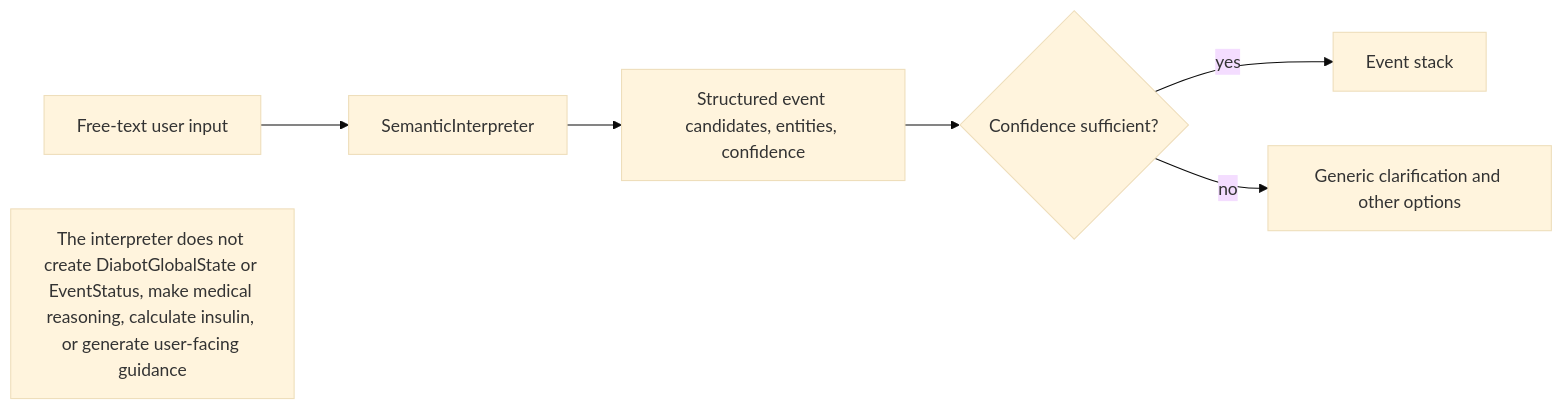
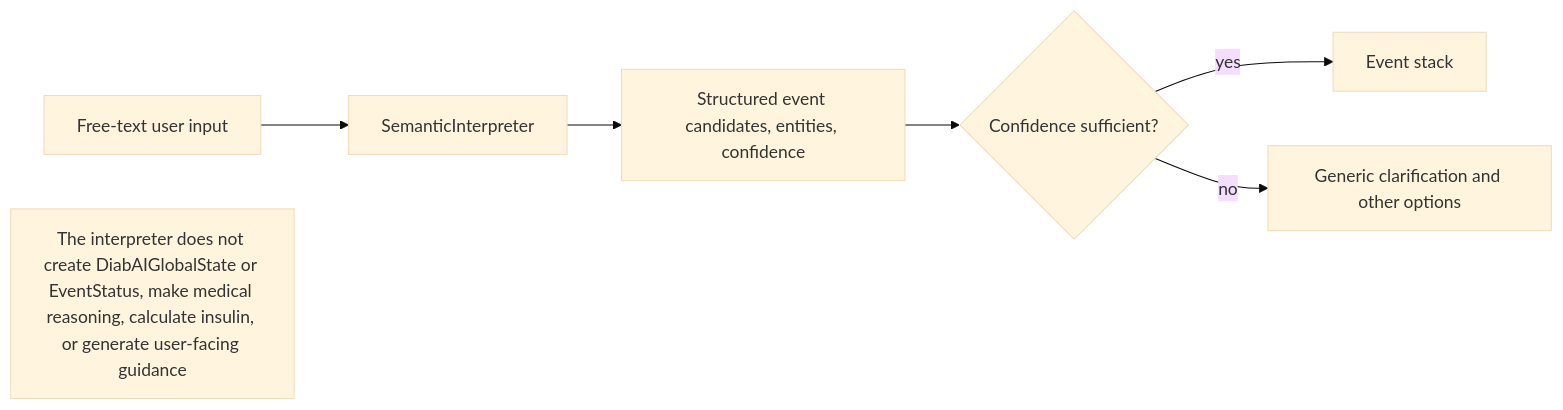
One commit to bioduds/diabot changed the diagram in diabot/docs/fsm/semantic_interpreter.mmd. Above: the diagram before and after it, drawn with Mermaid (base theme). The commit also changed 55 other files, not shown here.

```diff
--- a/diabot/docs/fsm/semantic_interpreter.mmd
+++ b/diabot/docs/fsm/semantic_interpreter.mmd
@@ -1,10 +1,10 @@
 %% fsm-contract: {"inputs":["free-text"],"outputs":["event-candidates","entities","confidence"],"minimumConfidence":0.5,"globalStateChange":false,"lifecycleChange":false,"medicalReasoning":false}
 %% This contract is checked by test/fsm_mermaid_contract_test.dart.
 flowchart LR
   TEXT[Free-text user input] --> INTERPRETER[SemanticInterpreter]
   INTERPRETER --> STRUCTURED[Structured event candidates, entities, confidence]
   STRUCTURED --> ACCEPT{Confidence sufficient?}
   ACCEPT -->|yes| STACK[Event stack]
   ACCEPT -->|no| CLARIFICATION[Generic clarification and other options]
 
-  NOTE[The interpreter does not create DiabotGlobalState or EventStatus, make medical reasoning, calculate insulin, or generate user-facing guidance]
+  NOTE[The interpreter does not create DiabAIGlobalState or EventStatus, make medical reasoning, calculate insulin, or generate user-facing guidance]
```
